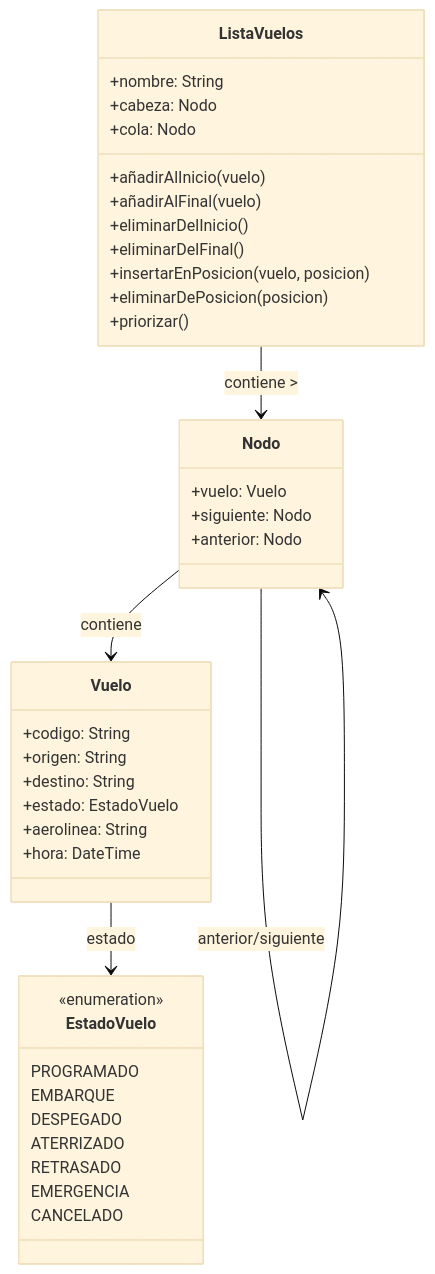
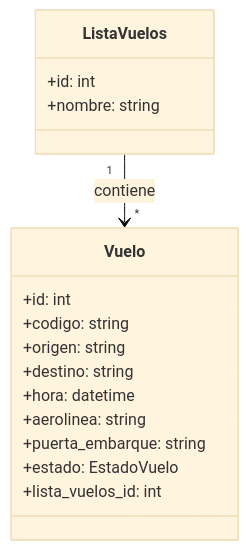
One commit to marcelovidalp/Act02_LL_Airport changed the fourth of 6 diagrams in docs/architecture.md. Above: the diagram before and after it, drawn with Mermaid (base theme). The commit also changed other lines of this file and 36 other files, not shown here.

First line of the commit message:
Implementación del servicio de gestión de listas de vuelos y refactorización de la arquitectura del sistema

````diff
--- a/docs/architecture.md
+++ b/docs/architecture.md
@@ -120,46 +147,21 @@
 ```mermaid
 classDiagram
-    class Nodo {
-        +vuelo: Vuelo
-        +siguiente: Nodo
-        +anterior: Nodo
+    class Vuelo {
+        +id: int
+        +codigo: string
+        +origen: string
+        +destino: string
+        +hora: datetime
+        +aerolinea: string
+        +puerta_embarque: string
+        +estado: EstadoVuelo
+        +lista_vuelos_id: int
     }
     
     class ListaVuelos {
-        +nombre: String
-        +cabeza: Nodo
-        +cola: Nodo
-        +añadirAlInicio(vuelo)
-        +añadirAlFinal(vuelo)
-        +eliminarDelInicio()
-        +eliminarDelFinal()
-        +insertarEnPosicion(vuelo, posicion)
-        +eliminarDePosicion(posicion)
-        +priorizar()
+        +id: int
+        +nombre: string
     }
     
-    class Vuelo {
-        +codigo: String
-        +origen: String
-        +destino: String
-        +estado: EstadoVuelo
-        +aerolinea: String
-        +hora: DateTime
-    }
-    
-    class EstadoVuelo {
-        <<enumeration>>
-        PROGRAMADO
-        EMBARQUE
-        DESPEGADO
-        ATERRIZADO
-        RETRASADO
-        EMERGENCIA
-        CANCELADO
-    }
-    
-    ListaVuelos --> Nodo : contiene >
-    Nodo --> Vuelo : contiene
-    Nodo --> Nodo : anterior/siguiente
-    Vuelo --> EstadoVuelo : estado
+    ListaVuelos "1" --> "*" Vuelo: contiene
 ```
````
